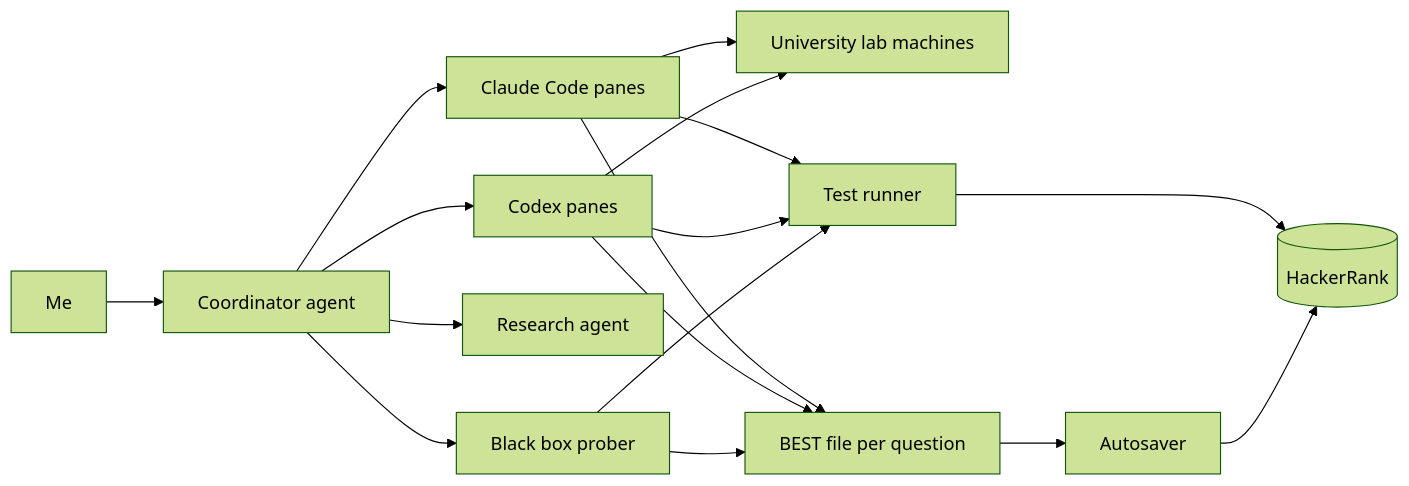
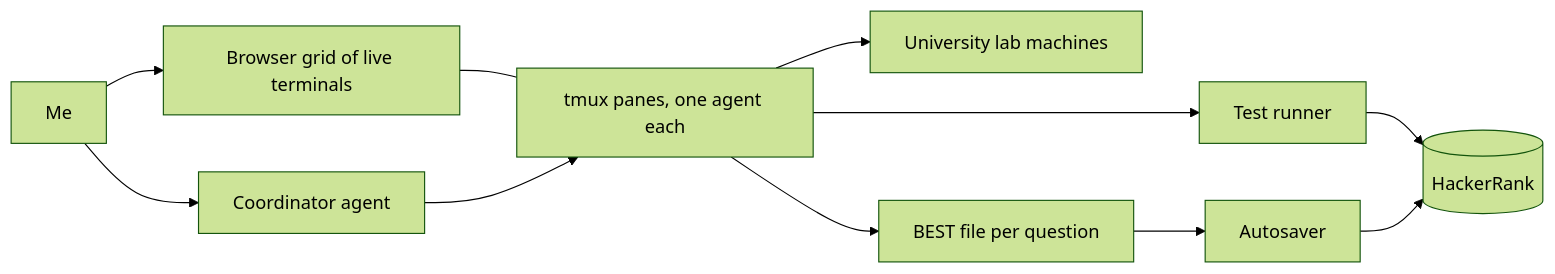
Before and after one commit to xRyann2255/qrt-hackathon-2026: the first of 2 diagrams in README.md, drawn with Mermaid (forest theme). The commit also changed other lines of this file and 4 other files, not shown here.

Commit message:
Add setup section and agent grid sketch; drop operational incidents and compute counts; note about 240 participants

````diff
--- a/README.md
+++ b/README.md
@@ -37,13 +37,9 @@
 ```mermaid
 flowchart LR
-    me[Me] --> co[Coordinator agent]
-    co --> cl[Claude Code panes]
-    co --> cx[Codex panes]
-    co --> rs[Research agent]
-    co --> bb[Black box prober]
-    cl & cx --> lab[University lab machines]
-    cl & cx & bb --> run[Test runner]
-    run --> hr[(HackerRank)]
-    cl & cx & bb --> best[BEST file per question]
-    best --> save[Autosaver] --> hr
+    me[Me] --> grid[Browser grid of live terminals]
+    grid --- panes[tmux panes, one agent each]
+    me --> co[Coordinator agent] --> panes
+    panes --> lab[University lab machines]
+    panes --> run[Test runner] --> hr[(HackerRank)]
+    panes --> best[BEST file per question] --> save[Autosaver] --> hr
 ```
````
